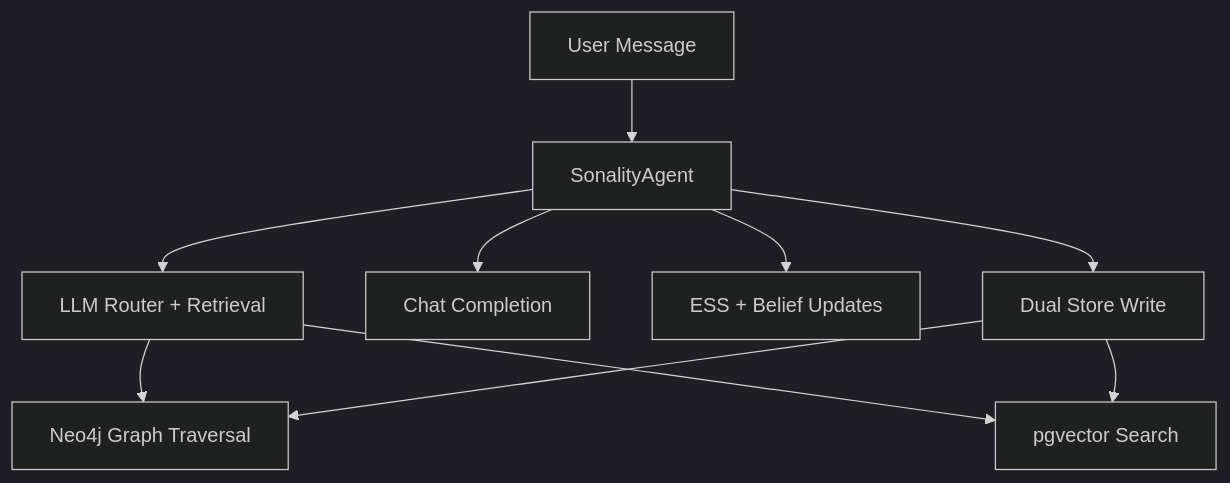
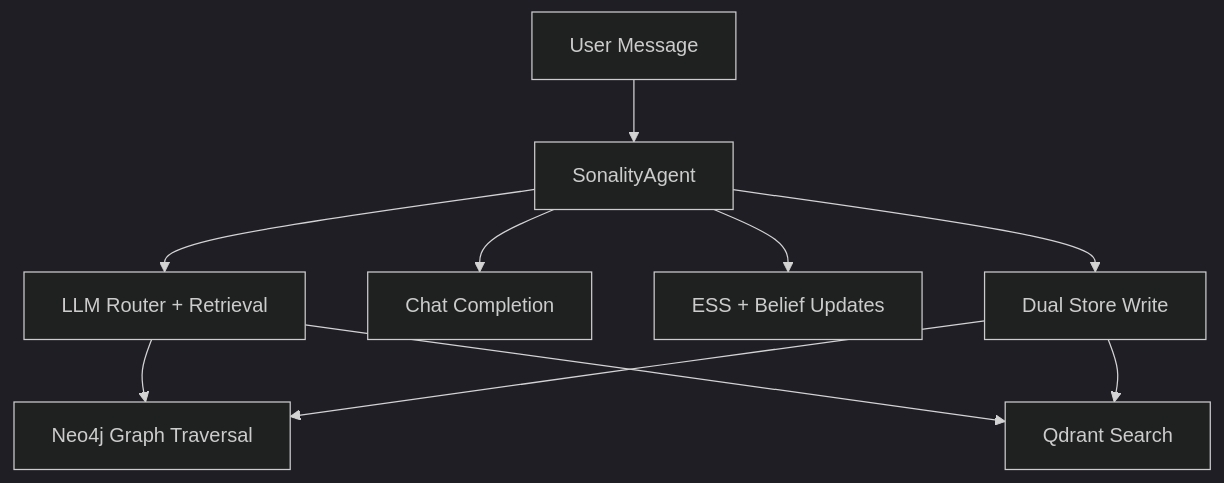
One commit to Okm165/Sonality changed the diagram in docs/index.md. Above: the diagram before and after it, drawn with Mermaid (dark theme). The commit also changed other lines of this file and 70 other files, not shown here.

````diff
--- a/docs/index.md
+++ b/docs/index.md
@@ -11,12 +11,12 @@
 ```mermaid
 flowchart TD
     U[User Message] --> A[SonalityAgent]
     A --> R[LLM Router + Retrieval]
     R --> G[Neo4j Graph Traversal]
-    R --> V[pgvector Search]
+    R --> V[Qdrant Search]
     A --> C[Chat Completion]
     A --> E[ESS + Belief Updates]
     A --> S[Dual Store Write]
     S --> G
     S --> V
 ```
````
